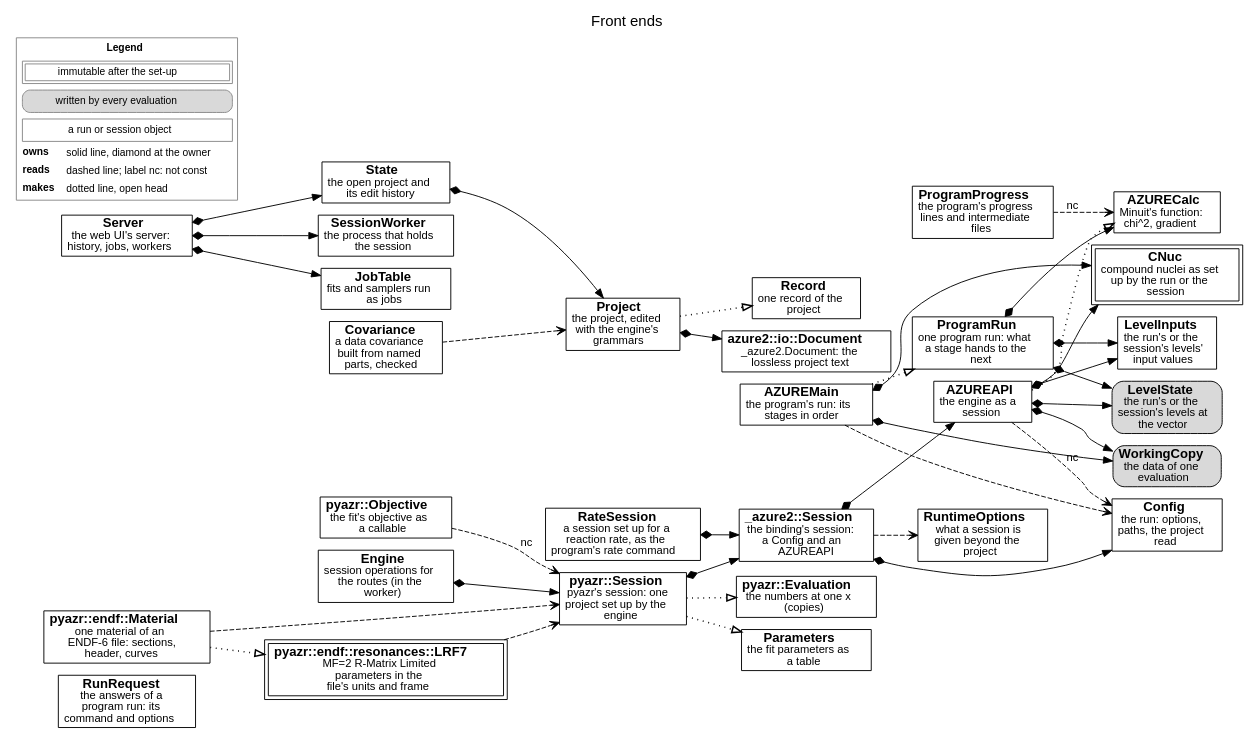
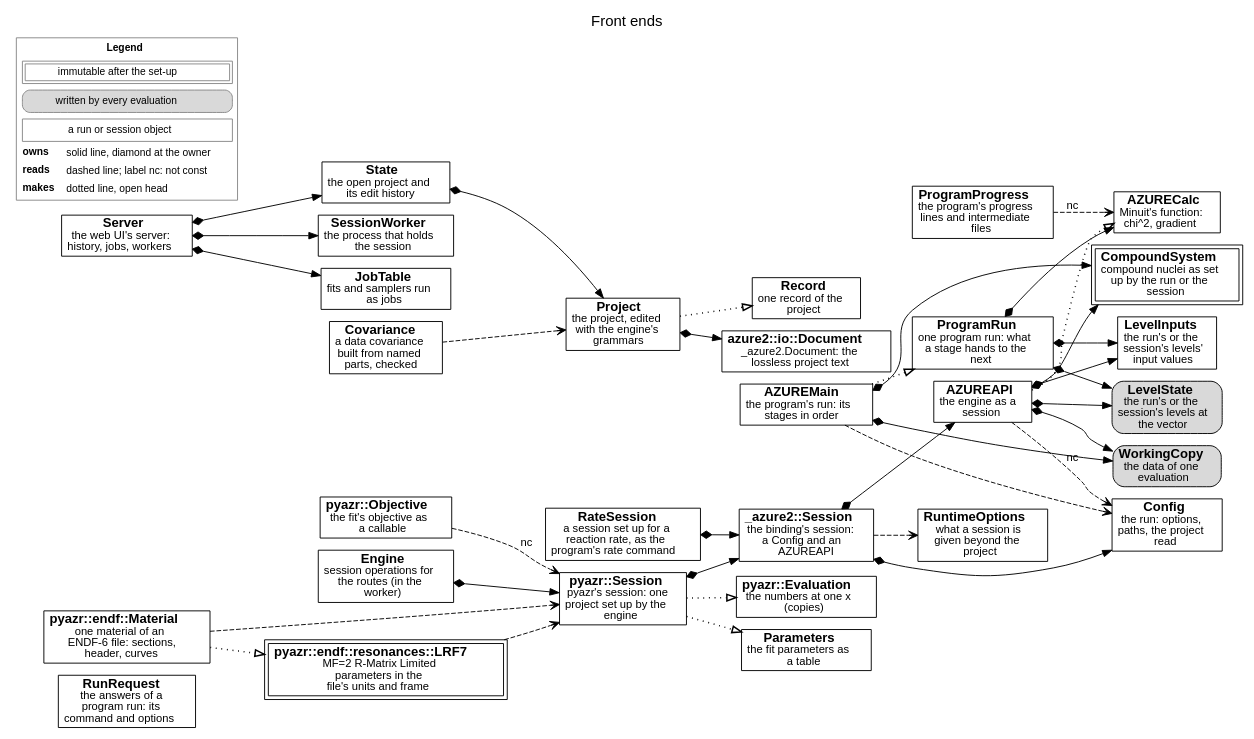
Before and after one commit to AZURE2DEV/AZURE2: the diagram in docs/source/developer/figures/frontends.dot, drawn with Graphviz. The commit also changed 209 other files, not shown here.

```diff
--- a/docs/source/developer/figures/frontends.dot
+++ b/docs/source/developer/figures/frontends.dot
@@ -1,68 +1,68 @@
 digraph frontends {
   graph [rankdir=LR, fontname="Helvetica", fontsize=16, labelloc=t, label="Front ends", nodesep=0.18, ranksep=0.3, newrank=true];
   node [fontname="Helvetica", fontsize=14, margin="0.08,0.04"];
   edge [fontname="Helvetica", fontsize=12];
   n_RunRequest [label=<<b>RunRequest</b><br/><font point-size="12">the answers of a<br/>program run: its<br/>command and options</font>>, shape=box, style="filled", fillcolor="white"];
   n_AZUREMain [label=<<b>AZUREMain</b><br/><font point-size="12">the program&#x27;s run: its<br/>stages in order</font>>, shape=box, style="filled", fillcolor="white"];
   n_Config [label=<<b>Config</b><br/><font point-size="12">the run: options,<br/>paths, the project<br/>read</font>>, shape=box, style="filled", fillcolor="white"];
-  n_CNuc [label=<<b>CNuc</b><br/><font point-size="12">compound nuclei as set<br/>up by the run or the<br/>session</font>>, shape=box, peripheries=2, style="filled", fillcolor="white"];
+  n_CompoundSystem [label=<<b>CompoundSystem</b><br/><font point-size="12">compound nuclei as set<br/>up by the run or the<br/>session</font>>, shape=box, peripheries=2, style="filled", fillcolor="white"];
   n_LevelState [label=<<b>LevelState</b><br/><font point-size="12">the run&#x27;s or the<br/>session&#x27;s levels at<br/>the vector</font>>, shape=box, style="rounded,filled", fillcolor="#d9d9d9"];
   n_LevelInputs [label=<<b>LevelInputs</b><br/><font point-size="12">the run&#x27;s or the<br/>session&#x27;s levels&#x27;<br/>input values</font>>, shape=box, style="filled", fillcolor="white"];
   n_WorkingCopy [label=<<b>WorkingCopy</b><br/><font point-size="12">the data of one<br/>evaluation</font>>, shape=box, style="rounded,filled", fillcolor="#d9d9d9"];
   n_AZURECalc [label=<<b>AZURECalc</b><br/><font point-size="12">Minuit&#x27;s function:<br/>chi^2, gradient</font>>, shape=box, style="filled", fillcolor="white"];
   n_ProgramRun [label=<<b>ProgramRun</b><br/><font point-size="12">one program run: what<br/>a stage hands to the<br/>next</font>>, shape=box, style="filled", fillcolor="white"];
   n_ProgramProgress [label=<<b>ProgramProgress</b><br/><font point-size="12">the program&#x27;s progress<br/>lines and intermediate<br/>files</font>>, shape=box, style="filled", fillcolor="white"];
   n_AZUREAPI [label=<<b>AZUREAPI</b><br/><font point-size="12">the engine as a<br/>session</font>>, shape=box, style="filled", fillcolor="white"];
   n__azure2__Session [label=<<b>_azure2::Session</b><br/><font point-size="12">the binding&#x27;s session:<br/>a Config and an<br/>AZUREAPI</font>>, shape=box, style="filled", fillcolor="white"];
   n_RuntimeOptions [label=<<b>RuntimeOptions</b><br/><font point-size="12">what a session is<br/>given beyond the<br/>project</font>>, shape=box, style="filled", fillcolor="white"];
   n_pyazr__Session [label=<<b>pyazr::Session</b><br/><font point-size="12">pyazr&#x27;s session: one<br/>project set up by the<br/>engine</font>>, shape=box, style="filled", fillcolor="white"];
   n_pyazr__Objective [label=<<b>pyazr::Objective</b><br/><font point-size="12">the fit&#x27;s objective as<br/>a callable</font>>, shape=box, style="filled", fillcolor="white"];
   n_pyazr__Evaluation [label=<<b>pyazr::Evaluation</b><br/><font point-size="12">the numbers at one x<br/>(copies)</font>>, shape=box, style="filled", fillcolor="white"];
   n_Parameters [label=<<b>Parameters</b><br/><font point-size="12">the fit parameters as<br/>a table</font>>, shape=box, style="filled", fillcolor="white"];
   n_Project [label=<<b>Project</b><br/><font point-size="12">the project, edited<br/>with the engine&#x27;s<br/>grammars</font>>, shape=box, style="filled", fillcolor="white"];
   n_Record [label=<<b>Record</b><br/><font point-size="12">one record of the<br/>project</font>>, shape=box, style="filled", fillcolor="white"];
   n_azure2__io__Document [label=<<b>azure2::io::Document</b><br/><font point-size="12">_azure2.Document: the<br/>lossless project text</font>>, shape=box, style="filled", fillcolor="white"];
   n_Server [label=<<b>Server</b><br/><font point-size="12">the web UI&#x27;s server:<br/>history, jobs, workers</font>>, shape=box, style="filled", fillcolor="white"];
   n_State [label=<<b>State</b><br/><font point-size="12">the open project and<br/>its edit history</font>>, shape=box, style="filled", fillcolor="white"];
   n_SessionWorker [label=<<b>SessionWorker</b><br/><font point-size="12">the process that holds<br/>the session</font>>, shape=box, style="filled", fillcolor="white"];
   n_Engine [label=<<b>Engine</b><br/><font point-size="12">session operations for<br/>the routes (in the<br/>worker)</font>>, shape=box, style="filled", fillcolor="white"];
   n_JobTable [label=<<b>JobTable</b><br/><font point-size="12">fits and samplers run<br/>as jobs</font>>, shape=box, style="filled", fillcolor="white"];
   n_pyazr__endf__Material [label=<<b>pyazr::endf::Material</b><br/><font point-size="12">one material of an<br/>ENDF-6 file: sections,<br/>header, curves</font>>, shape=box, style="filled", fillcolor="white"];
   n_pyazr__endf__resonances__LRF7 [label=<<b>pyazr::endf::resonances::LRF7</b><br/><font point-size="12">MF=2 R-Matrix Limited<br/>parameters in the<br/>file&#x27;s units and frame</font>>, shape=box, peripheries=2, style="filled", fillcolor="white"];
   n_RateSession [label=<<b>RateSession</b><br/><font point-size="12">a session set up for a<br/>reaction rate, as the<br/>program&#x27;s rate command</font>>, shape=box, style="filled", fillcolor="white"];
   n_Covariance [label=<<b>Covariance</b><br/><font point-size="12">a data covariance<br/>built from named<br/>parts, checked</font>>, shape=box, style="filled", fillcolor="white"];
   n_AZUREMain -> n_Config [style=dashed, arrowhead=vee];
-  n_AZUREMain -> n_CNuc [style=solid, dir=both, arrowtail=diamond, arrowhead=normal];
+  n_AZUREMain -> n_CompoundSystem [style=solid, dir=both, arrowtail=diamond, arrowhead=normal];
   n_AZUREMain -> n_WorkingCopy [style=solid, dir=both, arrowtail=diamond, arrowhead=normal];
   n_AZUREMain -> n_ProgramRun [style=dotted, penwidth=1.6, arrowhead=empty];
   n_ProgramRun -> n_AZURECalc [style=solid, dir=both, arrowtail=diamond, arrowhead=normal];
   n_ProgramRun -> n_LevelState [style=solid, dir=both, arrowtail=diamond, arrowhead=normal];
   n_ProgramRun -> n_LevelInputs [style=solid, dir=both, arrowtail=diamond, arrowhead=normal];
   n_ProgramProgress -> n_AZURECalc [style=dashed, arrowhead=vee, label=" nc"];
   n_AZUREAPI -> n_AZURECalc [style=dotted, penwidth=1.6, arrowhead=empty];
   n_AZUREAPI -> n_Config [style=dashed, arrowhead=vee, label=" nc"];
-  n_AZUREAPI -> n_CNuc [style=solid, dir=both, arrowtail=diamond, arrowhead=normal];
+  n_AZUREAPI -> n_CompoundSystem [style=solid, dir=both, arrowtail=diamond, arrowhead=normal];
   n_AZUREAPI -> n_LevelState [style=solid, dir=both, arrowtail=diamond, arrowhead=normal];
   n_AZUREAPI -> n_LevelInputs [style=solid, dir=both, arrowtail=diamond, arrowhead=normal];
   n_AZUREAPI -> n_WorkingCopy [style=solid, dir=both, arrowtail=diamond, arrowhead=normal];
   n__azure2__Session -> n_Config [style=solid, dir=both, arrowtail=diamond, arrowhead=normal];
   n__azure2__Session -> n_AZUREAPI [style=solid, dir=both, arrowtail=diamond, arrowhead=normal];
   n__azure2__Session -> n_RuntimeOptions [style=dashed, arrowhead=vee];
   n_pyazr__Session -> n__azure2__Session [style=solid, dir=both, arrowtail=diamond, arrowhead=normal];
   n_pyazr__Session -> n_Parameters [style=dotted, penwidth=1.6, arrowhead=empty];
   n_pyazr__Objective -> n_pyazr__Session [style=dashed, arrowhead=vee, label=" nc"];
   n_pyazr__Session -> n_pyazr__Evaluation [style=dotted, penwidth=1.6, arrowhead=empty];
   n_Project -> n_azure2__io__Document [style=solid, dir=both, arrowtail=diamond, arrowhead=normal];
   n_Project -> n_Record [style=dotted, penwidth=1.6, arrowhead=empty];
   n_State -> n_Project [style=solid, dir=both, arrowtail=diamond, arrowhead=normal];
   n_Server -> n_State [style=solid, dir=both, arrowtail=diamond, arrowhead=normal];
   n_Server -> n_SessionWorker [style=solid, dir=both, arrowtail=diamond, arrowhead=normal];
   n_Server -> n_JobTable [style=solid, dir=both, arrowtail=diamond, arrowhead=normal];
   n_Engine -> n_pyazr__Session [style=solid, dir=both, arrowtail=diamond, arrowhead=normal];
   n_RateSession -> n__azure2__Session [style=solid, dir=both, arrowtail=diamond, arrowhead=normal];
   n_Covariance -> n_Project [style=dashed, arrowhead=vee];
   n_pyazr__endf__Material -> n_pyazr__Session [style=dashed, arrowhead=vee];
   n_pyazr__endf__Material -> n_pyazr__endf__resonances__LRF7 [style=dotted, penwidth=1.6, arrowhead=empty];
   n_pyazr__endf__resonances__LRF7 -> n_pyazr__Session [style=dashed, arrowhead=vee];
   legend [shape=plaintext, fontsize=11, label=<<TABLE BORDER="1" CELLBORDER="0" CELLSPACING="3" COLOR="#888888"><TR><TD COLSPAN="2"><B>Legend</B></TD></TR><TR><TD COLSPAN="2"><TABLE BORDER="1" CELLBORDER="1" CELLSPACING="2" CELLPADDING="2"><TR><TD>immutable after the set-up</TD></TR></TABLE></TD></TR><TR><TD COLSPAN="2"><TABLE BORDER="1" CELLBORDER="0" CELLPADDING="3" STYLE="rounded" BGCOLOR="#d9d9d9"><TR><TD>written by every evaluation</TD></TR></TABLE></TD></TR><TR><TD COLSPAN="2"><TABLE BORDER="1" CELLBORDER="0" CELLPADDING="3" ><TR><TD>a run or session object</TD></TR></TABLE></TD></TR><TR><TD ALIGN="LEFT"><B>owns</B></TD><TD ALIGN="LEFT">solid line, diamond at the owner</TD></TR><TR><TD ALIGN="LEFT"><B>reads</B></TD><TD ALIGN="LEFT">dashed line; label nc: not const</TD></TR><TR><TD ALIGN="LEFT"><B>makes</B></TD><TD ALIGN="LEFT">dotted line, open head</TD></TR></TABLE>>];
 }
```
